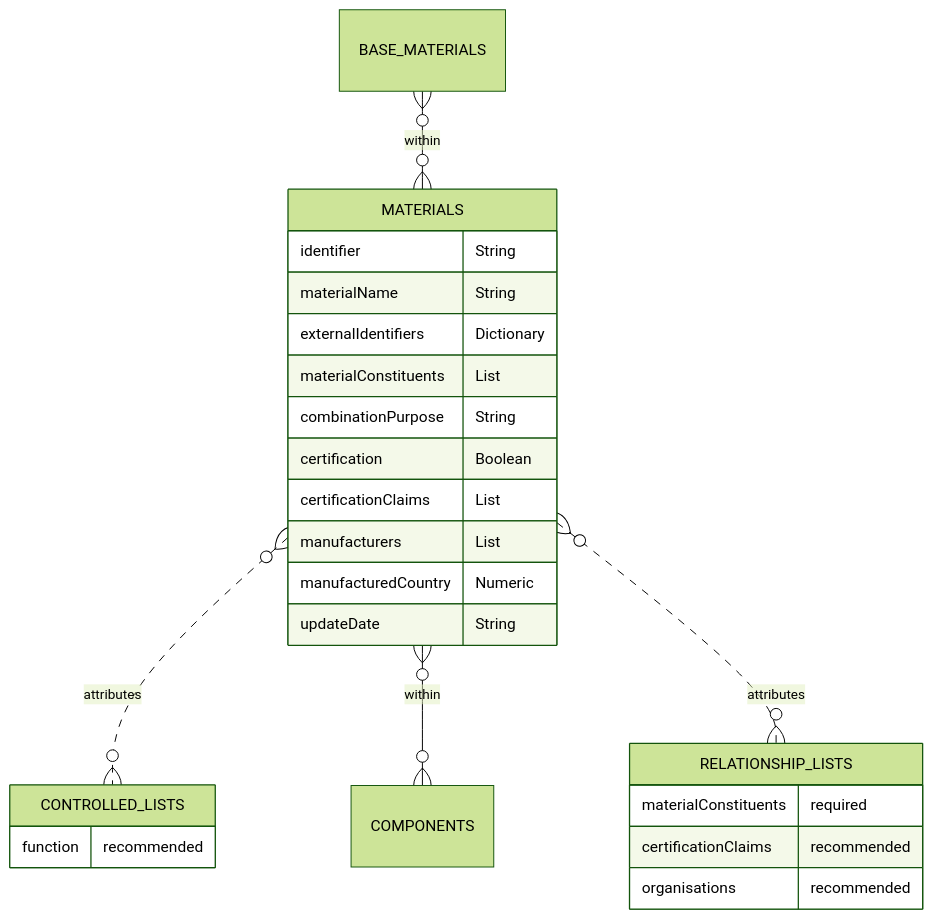
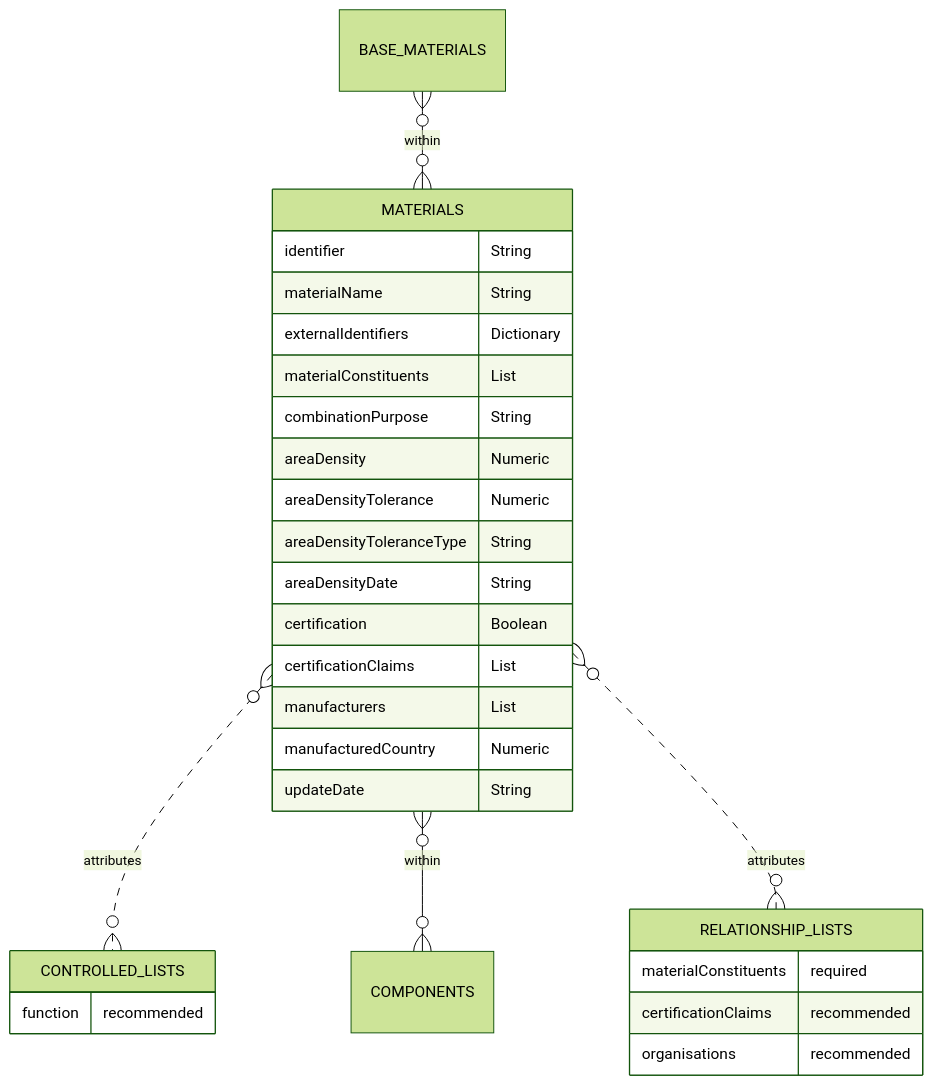
The diagram in docs/3_Data_Specification/3_2_Materials.md (OpenDataManchester/Open3P), drawn with Mermaid (forest theme) before and after one commit. The commit also changed other lines of this file, not shown here.

Commit message:
Added areaDensity related fields to Materials

````diff
--- a/docs/3_Data_Specification/3_2_Materials.md
+++ b/docs/3_Data_Specification/3_2_Materials.md
@@ -26,27 +30,31 @@
 ``` mermaid
 erDiagram
 BASE_MATERIALS }o--o{ MATERIALS : within
   MATERIALS {
     identifier String
     materialName String
     externalIdentifiers Dictionary
     materialConstituents List
     combinationPurpose String
+    areaDensity Numeric
+    areaDensityTolerance Numeric
+    areaDensityToleranceType String
+    areaDensityDate String
     certification Boolean
     certificationClaims List
     manufacturers List
     manufacturedCountry Numeric
     updateDate String
   }
   MATERIALS }o..o{ CONTROLLED_LISTS : attributes
   MATERIALS }o--o{ COMPONENTS : within
   MATERIALS }o..o{ RELATIONSHIP_LISTS : attributes
         CONTROLLED_LISTS {
     function recommended
     }
         RELATIONSHIP_LISTS {
     materialConstituents required
     certificationClaims recommended
     organisations recommended
       }
 ```
````
